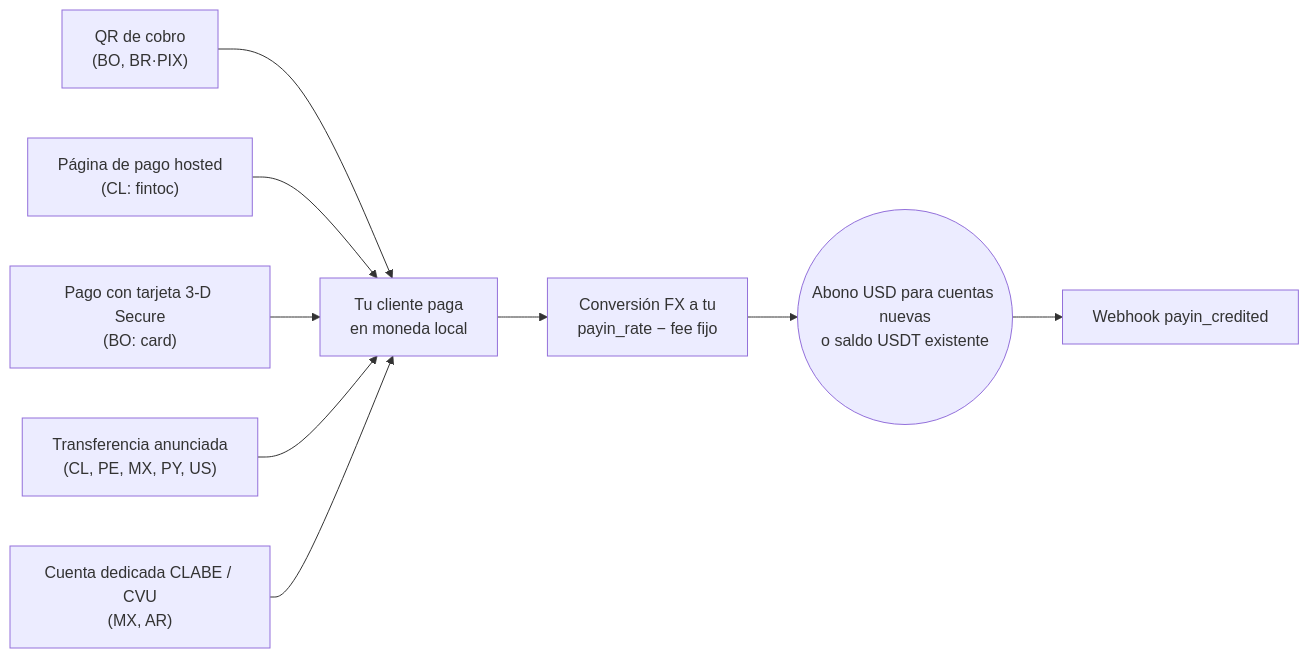
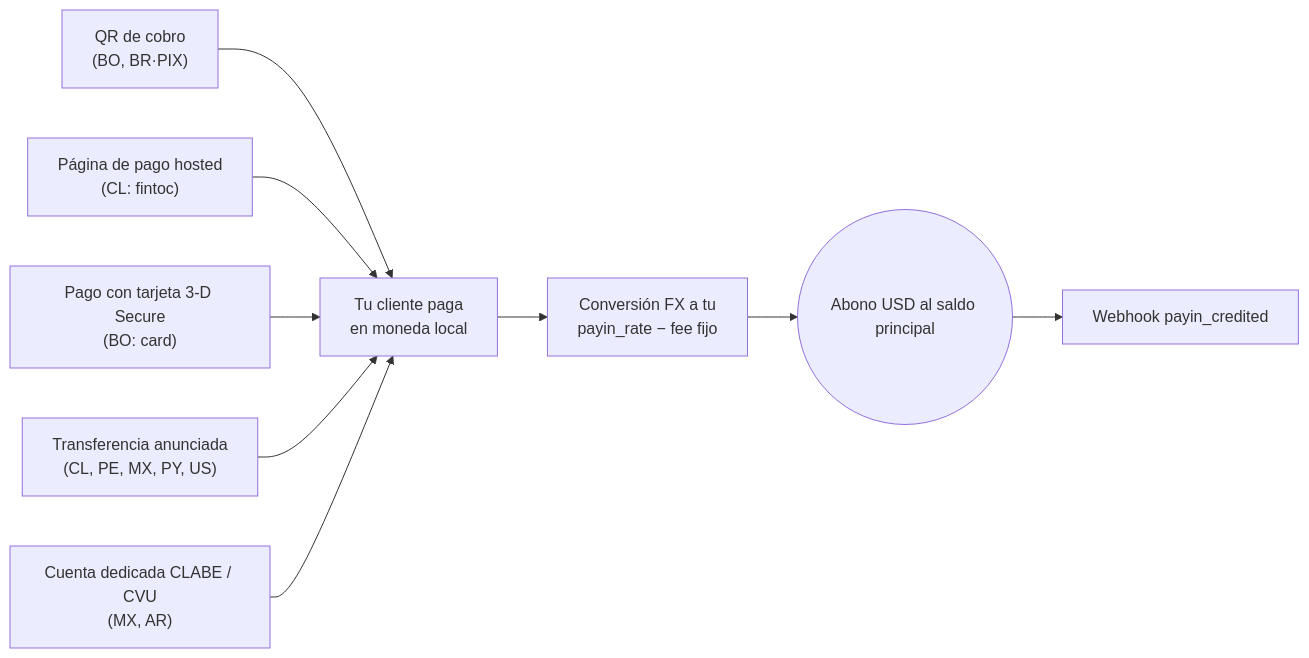
One commit to CBpayapp/cbpay-docs changed the diagram in es/guides/payins.mdx. Above: the diagram before and after it, drawn with Mermaid. The commit also changed other lines of this file and 147 other files, not shown here.

Commit message:
docs(banking-reorden): fondeo vs banking + USD principal (Qxchange d65fd695a) (#123)

````diff
--- a/es/guides/payins.mdx
+++ b/es/guides/payins.mdx
@@ -38,11 +38,11 @@
 ```mermaid
 flowchart LR
     qr["QR de cobro<br/>(BO, BR·PIX)"] --> pago["Tu cliente paga<br/>en moneda local"]
     hosted["Página de pago hosted<br/>(CL: fintoc)"] --> pago
     card["Pago con tarjeta 3-D Secure<br/>(BO: card)"] --> pago
     anunciada["Transferencia anunciada<br/>(CL, PE, MX, PY, US)"] --> pago
     clabe["Cuenta dedicada CLABE / CVU<br/>(MX, AR)"] --> pago
     pago --> conv["Conversión FX a tu<br/>payin_rate − fee fijo"]
-    conv --> credito(("Abono USD para cuentas nuevas<br/>o saldo USDT existente"))
+    conv --> credito(("Abono USD al saldo principal"))
     credito --> wh["Webhook payin_credited"]
 ```
````
